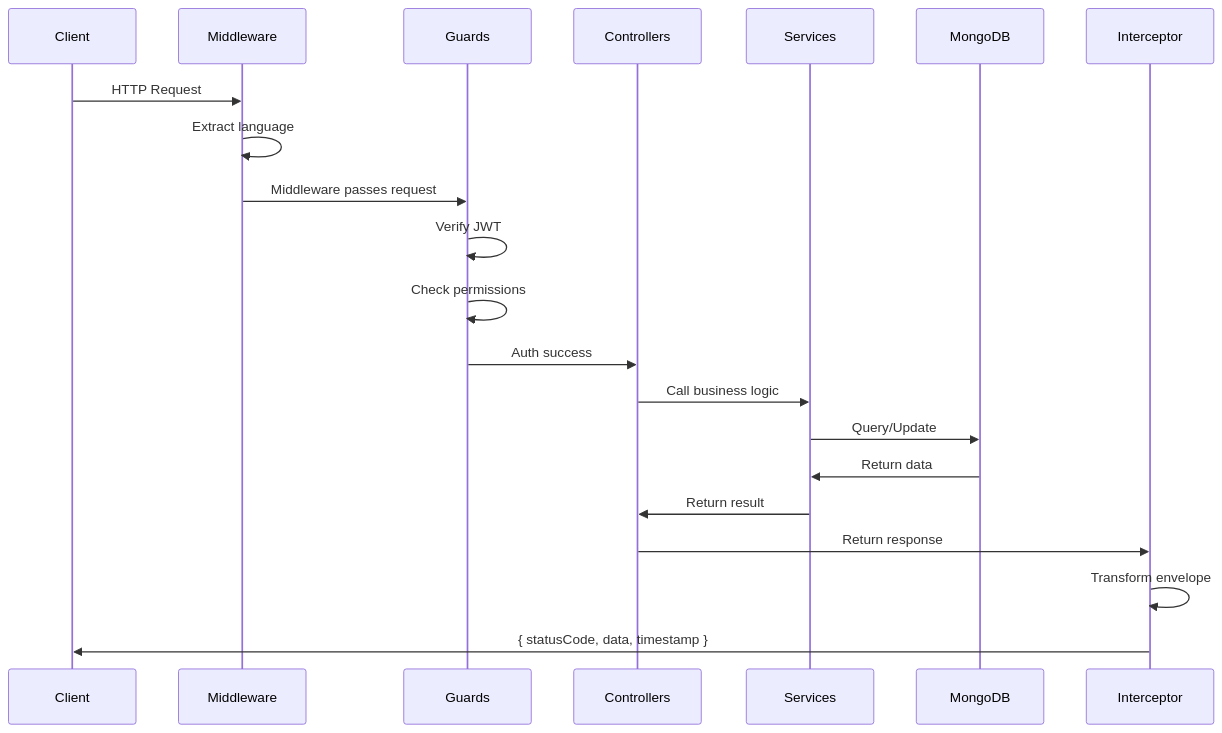
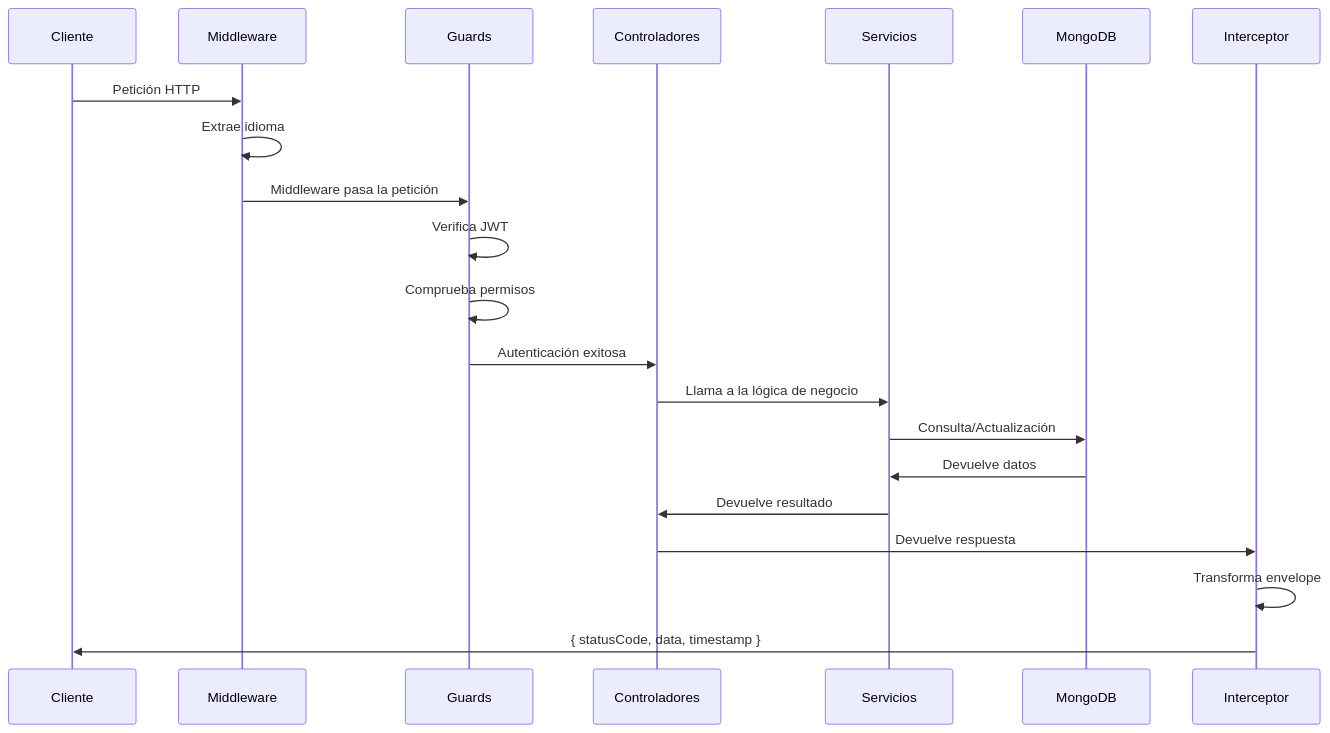
Before and after one commit to Byroncl/laboratory-reviews: the third of 14 diagrams in docs-post-message/docs/backend/architecture/overview.md, drawn with Mermaid. The commit also changed other lines of this file and 17 other files, not shown here.

Commit message:
refactor: implement clean architecture patterns with domains, repositories, use cases, constants, and comprehensive tests

````diff
--- a/docs-post-message/docs/backend/architecture/overview.md
+++ b/docs-post-message/docs/backend/architecture/overview.md
@@ -89,24 +89,24 @@
 ```mermaid
 sequenceDiagram
-    participant Client
+    participant Client as Cliente
     participant Middleware
-    participant Guards
-    participant Controllers
-    participant Services
+    participant Guards as Guards
+    participant Controllers as Controladores
+    participant Services as Servicios
     participant Database as MongoDB
     participant Response as Interceptor
     
-    Client->>Middleware: HTTP Request
-    Middleware->>Middleware: Extract language
-    Middleware->>Guards: Middleware passes request
-    Guards->>Guards: Verify JWT
-    Guards->>Guards: Check permissions
-    Guards->>Controllers: Auth success
-    Controllers->>Services: Call business logic
-    Services->>Database: Query/Update
-    Database->>Services: Return data
-    Services->>Controllers: Return result
-    Controllers->>Response: Return response
-    Response->>Response: Transform envelope
+    Client->>Middleware: Petición HTTP
+    Middleware->>Middleware: Extrae idioma
+    Middleware->>Guards: Middleware pasa la petición
+    Guards->>Guards: Verifica JWT
+    Guards->>Guards: Comprueba permisos
+    Guards->>Controllers: Autenticación exitosa
+    Controllers->>Services: Llama a la lógica de negocio
+    Services->>Database: Consulta/Actualización
+    Database->>Services: Devuelve datos
+    Services->>Controllers: Devuelve resultado
+    Controllers->>Response: Devuelve respuesta
+    Response->>Response: Transforma envelope
     Response->>Client: { statusCode, data, timestamp }
 ```
````
